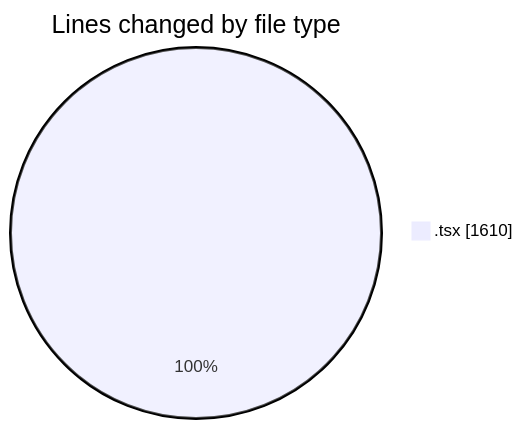
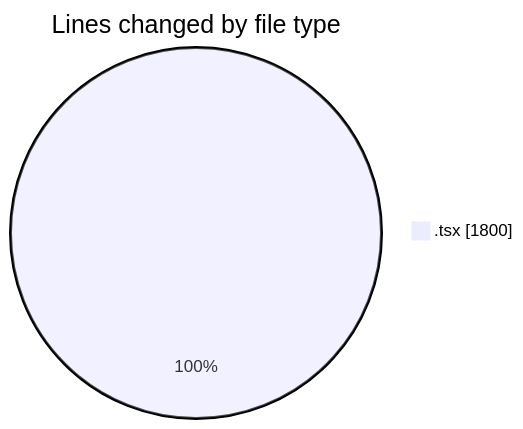
The first of 2 diagrams in 2026-07-06/nxtqube_webapp/README.md (nxtqubesakshisongat/code-tracking), drawn with Mermaid before and after one commit. The commit also changed other lines of this file and 1 other file, not shown here.

````diff
--- a/2026-07-06/nxtqube_webapp/README.md
+++ b/2026-07-06/nxtqube_webapp/README.md
@@ -22,5 +23,5 @@
 ```mermaid
 pie showData
 title Lines changed by file type
-".tsx" : 1610
+".tsx" : 1800
 ```
````
